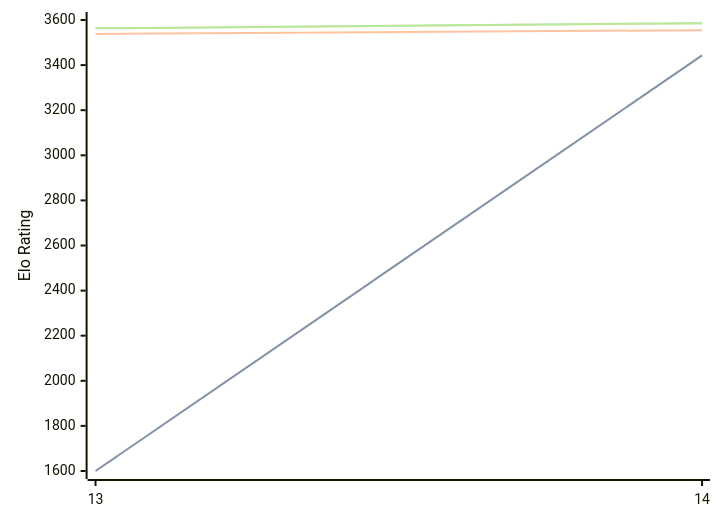
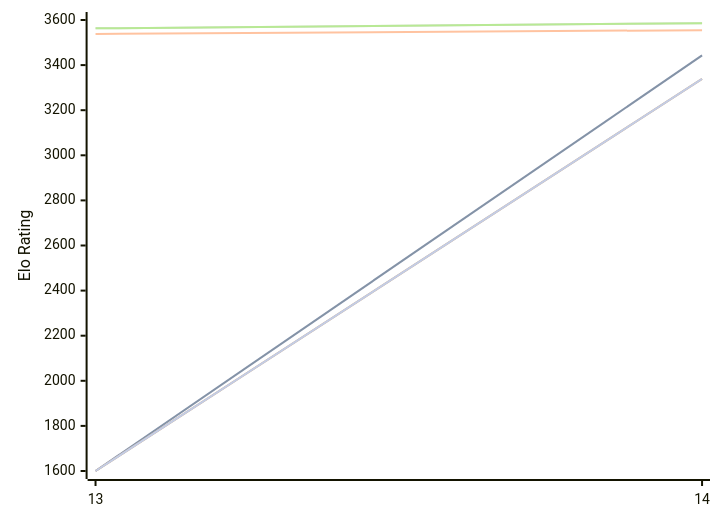
One commit to computer-chess-index/cci changed the diagram in engines/Berserk.md. Above: the diagram before and after it, drawn with Mermaid. The commit also changed other lines of this file, not shown here.

Commit message:
Update CCI Ratings (ELO VLTC) - 2026-10-11

````diff
--- a/engines/Berserk.md
+++ b/engines/Berserk.md
@@ -48,16 +48,13 @@
 ```mermaid
 %%{init: {"theme":"base","themeVariables":{"seriesColors:['#a3a3a3','#222221','#faa371']}}}%%
 xychart-beta
   x-axis ["13", "14"]
   y-axis "Elo Rating" 1600 --> 3600
   line "" [1600, 3443]
   line "T1: STC (8.0+0.08s)" [1600, 3443]
   line "T1: LTC (60.0+0.60s)" [3538, 3555]
   line "" [3563, 3586]
   line "T1: VLTC (2m24s+1.12s)" [3563, 3586]
-  line "" [3324]
-  line "E1: STC (8.0+0.08s)" [3324]
-  line "E1: LTC (60.0+0.60s)" [3561]
-  line "" [3586]
-  line "E1: VLTC (2m24s+1.12s)" [3586]
+  line "" [1600,3339]
+  line "E1: STC (8.0+0.08s)" [1600,3339]
 ```
````
